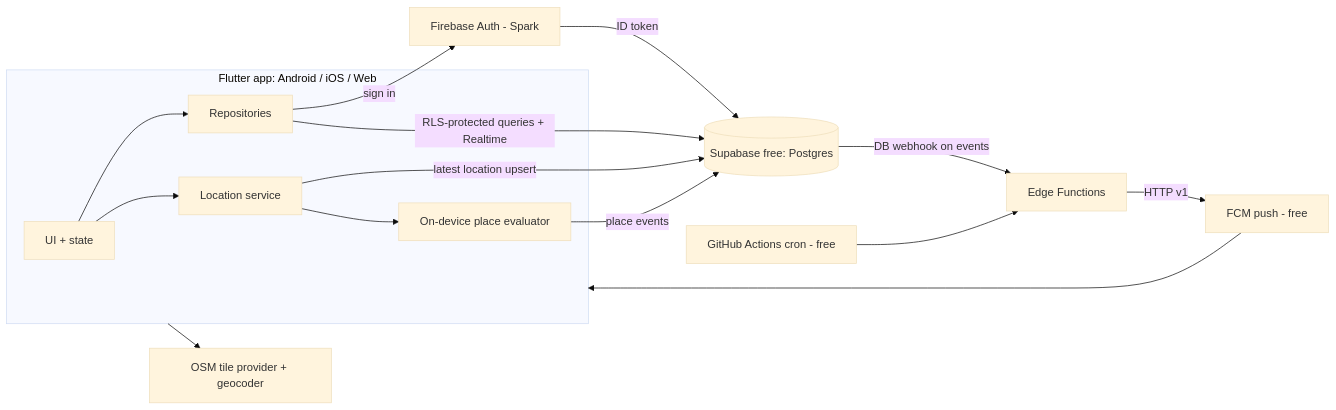
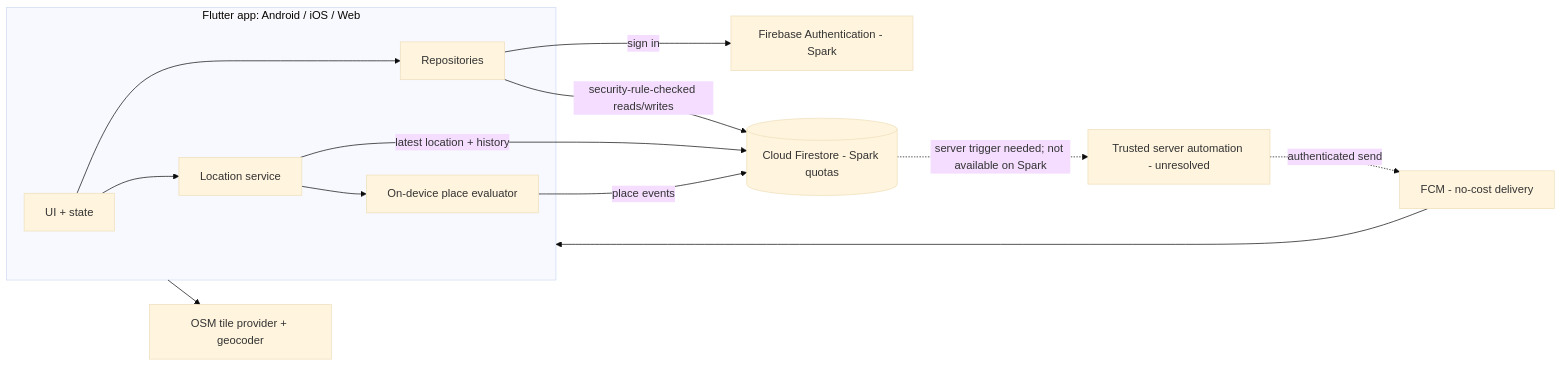
Before and after one commit to muhammadnaumantahir/Circlo: the diagram in architecture.md, drawn with Mermaid (base theme). The commit also changed other lines of this file, not shown here.

Commit message:
Update Circlo docs for Firebase-only architecture

````diff
--- a/architecture.md
+++ b/architecture.md
@@ -10,18 +10,16 @@
 ```mermaid
 flowchart LR
   subgraph Client[Flutter app: Android / iOS / Web]
     UI[UI + state] --> LS[Location service]
     LS --> GE[On-device place evaluator]
     UI --> Repo[Repositories]
   end
-  Repo -- sign in --> FA[Firebase Auth - Spark]
-  FA -- ID token --> SB
-  Repo -- RLS-protected queries + Realtime --> SB[(Supabase free: Postgres)]
-  LS -- latest location upsert --> SB
-  GE -- place events --> SB
-  SB -- DB webhook on events --> EF[Edge Functions]
-  EF -- HTTP v1 --> FCM[FCM push - free]
+  Repo -- sign in --> FA[Firebase Authentication - Spark]
+  Repo -- security-rule-checked reads/writes --> FS[(Cloud Firestore - Spark quotas)]
+  LS -- latest location + history --> FS
+  GE -- place events --> FS
+  FS -. server trigger needed; not available on Spark .-> SV[Trusted server automation - unresolved]
+  SV -. authenticated send .-> FCM[FCM - no-cost delivery]
   FCM --> Client
-  SCH[GitHub Actions cron - free] --> EF
   Client --> MAP[OSM tile provider + geocoder]
 ```
````
